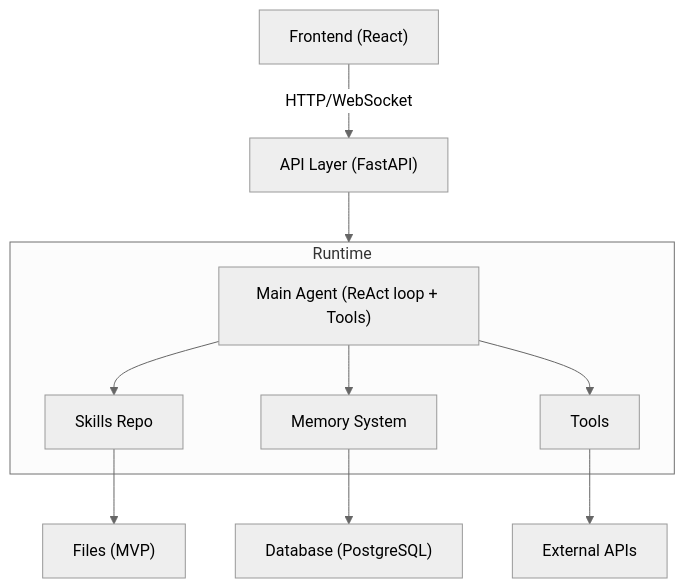
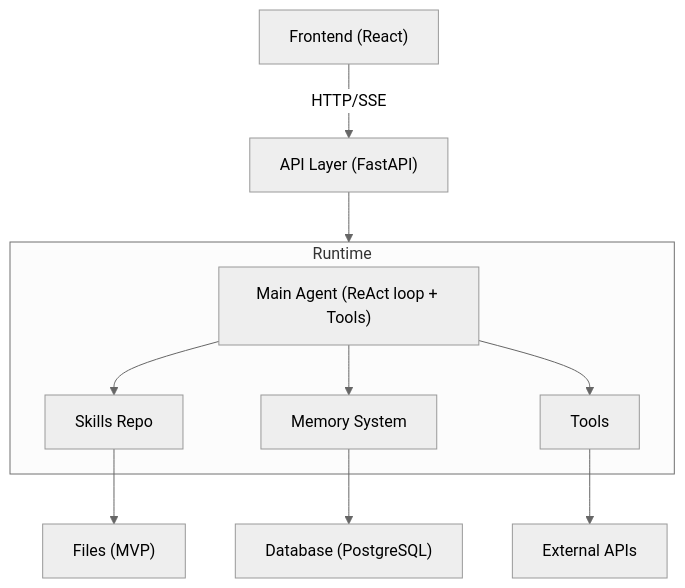
Before and after one commit to Bbar0n234/learnflow-ai: the diagram in doc/vision.md, drawn with Mermaid (neutral theme). The commit also changed other lines of this file and 13 other files, not shown here.

````diff
--- a/doc/vision.md
+++ b/doc/vision.md
@@ -19,16 +19,16 @@
 ```mermaid
 graph TD
-    Frontend["Frontend (React)"] -->|HTTP/WebSocket| API["API Layer (FastAPI)"]
+    Frontend["Frontend (React)"] -->|HTTP/SSE| API["API Layer (FastAPI)"]
     API --> Runtime["Agent Runtime (LangGraph)"]
 
     subgraph Runtime
         Agent["Main Agent (ReAct loop + Tools)"]
         Agent --> Skills["Skills Repo"]
         Agent --> Memory["Memory System"]
         Agent --> Tools["Tools"]
     end
 
     Skills --> Files["Files (MVP)"]
     Memory --> DB["Database (PostgreSQL)"]
     Tools --> External["External APIs"]
 ```
````
